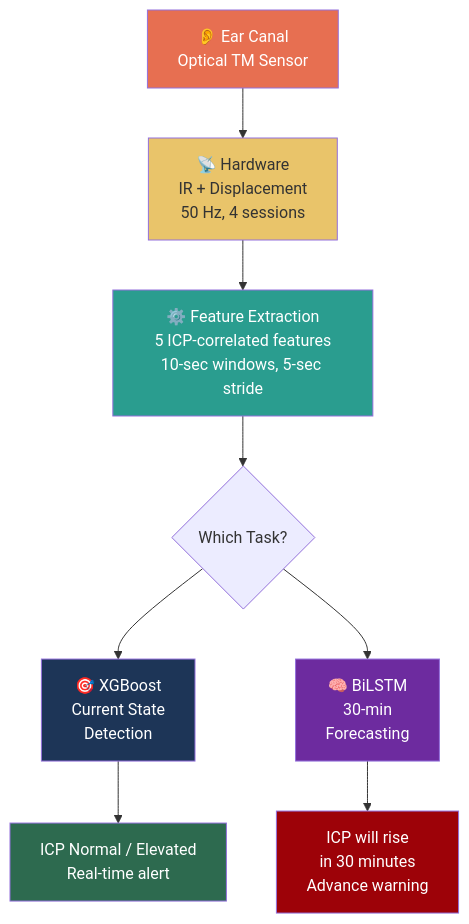
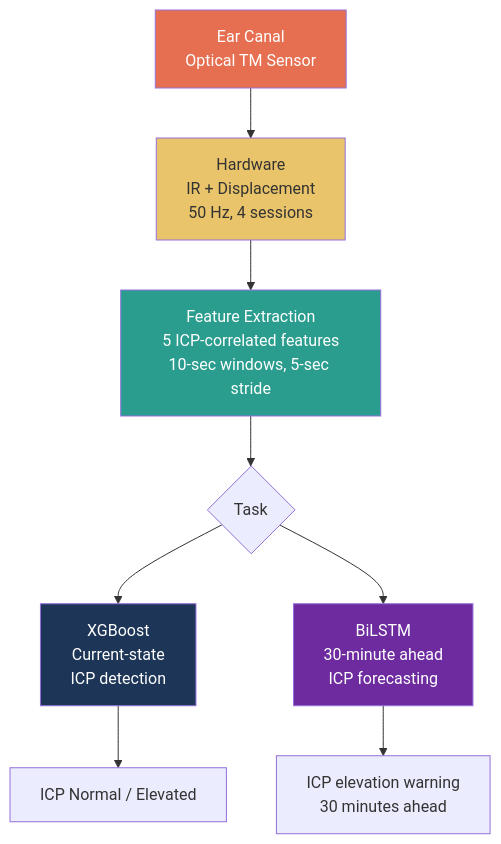
The first of 4 diagrams in README.md (eshaansingla/Pran), drawn with Mermaid before and after one commit. The commit also changed other lines of this file and 2 other files, not shown here.

````diff
--- a/README.md
+++ b/README.md
@@ -88,21 +57,16 @@
 ```mermaid
 graph TD
-    A["👂 Ear Canal\nOptical TM Sensor"] --> B["📡 Hardware\nIR + Displacement\n50 Hz, 4 sessions"]
-    B --> C["⚙️ Feature Extraction\n5 ICP-correlated features\n10-sec windows, 5-sec stride"]
-
-    C --> D{"Which Task?"}
-
-    D --> E["🎯 XGBoost\nCurrent State\nDetection"]
-    D --> F["🧠 BiLSTM\n30-min\nForecasting"]
-
-    E --> G["ICP Normal / Elevated\nReal-time alert"]
-    F --> H["ICP will rise\nin 30 minutes\nAdvance warning"]
+    A["Ear Canal\nOptical TM Sensor"] --> B["Hardware\nIR + Displacement\n50 Hz, 4 sessions"]
+    B --> C["Feature Extraction\n5 ICP-correlated features\n10-sec windows, 5-sec stride"]
+    C --> D{"Task"}
+    D --> E["XGBoost\nCurrent-state\nICP detection"]
+    D --> F["BiLSTM\n30-minute ahead\nICP forecasting"]
+    E --> G["ICP Normal / Elevated"]
+    F --> H["ICP elevation warning\n30 minutes ahead"]
 
     style A fill:#e76f51,color:#fff
     style B fill:#e9c46a,color:#333
     style C fill:#2a9d8f,color:#fff
     style E fill:#1d3557,color:#fff
     style F fill:#6d2b9f,color:#fff
-    style G fill:#2d6a4f,color:#fff
-    style H fill:#9d0208,color:#fff
 ```
````
